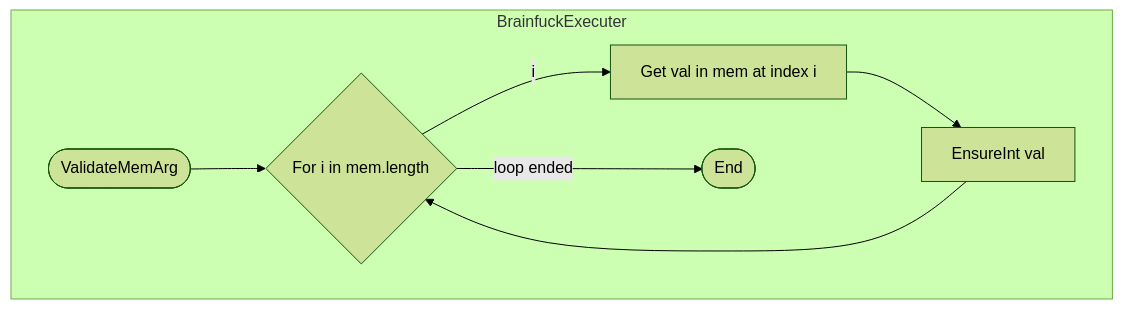
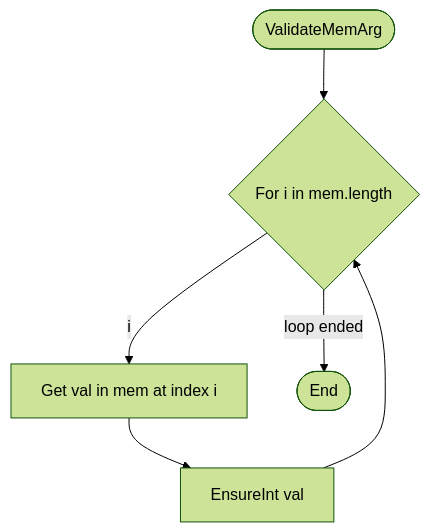
Diagram 11 of 28 in src/Classes_Info/BrainfuckExecuter.md (BCS21090011/BrainFucker), drawn with Mermaid (forest theme) before and after one commit. The commit also changed other lines of this file, not shown here.

Commit message:
Adjust mermaid flowcharts

````diff
--- a/src/Classes_Info/BrainfuckExecuter.md
+++ b/src/Classes_Info/BrainfuckExecuter.md
@@ -559,25 +551,23 @@
 ```mermaid
 flowchart TD
 
-subgraph BrainfuckExecuter
-    Start([ValidateMemArg])
-    ForCond{For i in mem.length}
-    SetVal[Get val in mem at index i]
-    EnsureInt[EnsureInt val]
-    End([End])
-end
+Start([ValidateMemArg])
+ForCond{For i in mem.length}
+SetVal[Get val in mem at index i]
+EnsureInt[EnsureInt val]
+End([End])
 
 Start
 -->
 ForCond
 --i-->
 SetVal
 -->
 EnsureInt
 -->
 ForCond
 
 ForCond
 --loop ended-->
 End
 ```
````
